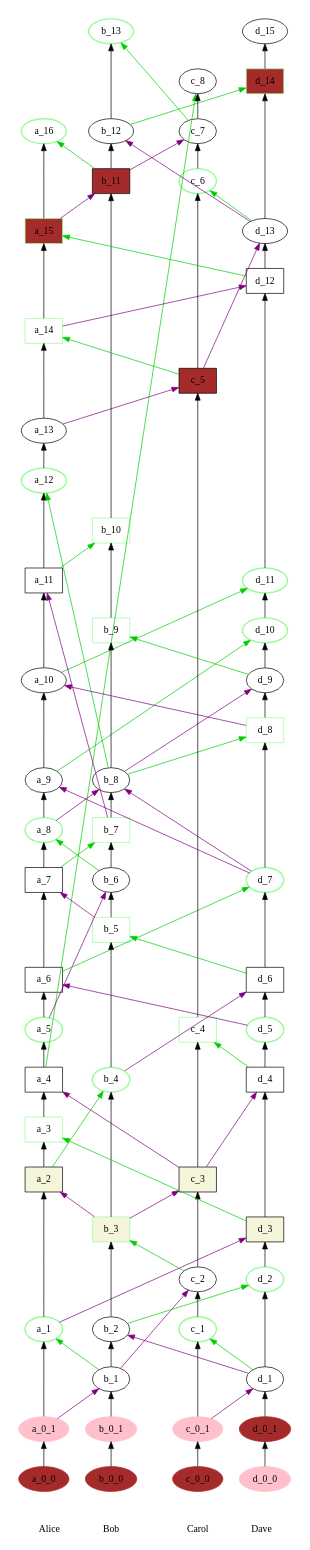
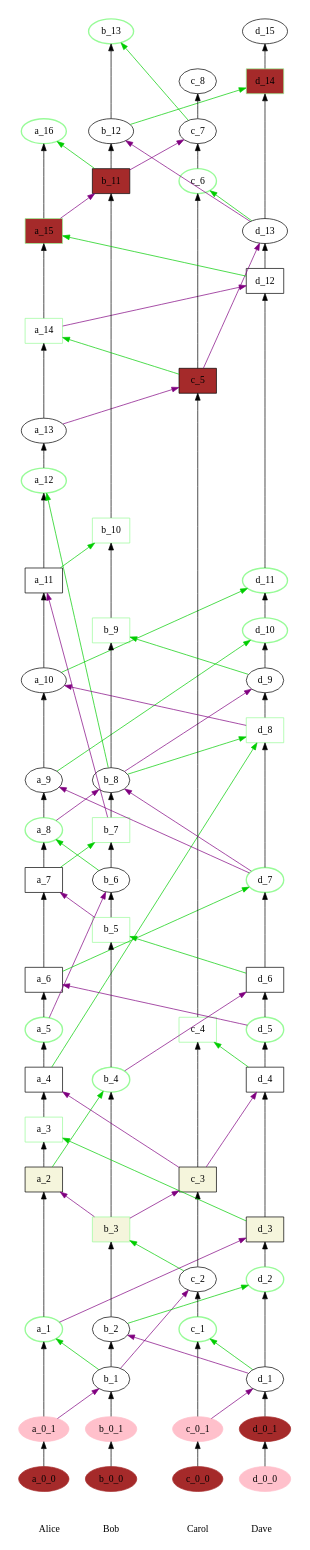
Before and after one commit to maqi/gossip_scribe: the diagram in input.dot, drawn with Graphviz. The commit also changed 1 other file, not shown here.

```diff
--- a/input.dot
+++ b/input.dot
@@ -1,145 +1,145 @@
 digraph GossipGraph {
 splines=false
 rankdir=BT
 outputorder=nodesfirst
 subgraph cluster_alice {
 style=invis
 Alice -> a_0_0 [style=invis]
 a_0_0 -> a_0_1
 a_0_1 -> a_1 [minlen=2]
 a_1 -> a_2 [minlen=3]
 a_2 -> a_3
 a_3 -> a_4
 a_4 -> a_5
 a_5 -> a_6
 a_6 -> a_7 [minlen=2]
 a_7 -> a_8
 a_8 -> a_9
 a_9 -> a_10 [minlen=2]
 a_10 -> a_11 [minlen=2]
 a_11 -> a_12 [minlen=2]
 a_12 -> a_13
 a_13 -> a_14 [minlen=2]
 a_14 -> a_15 [minlen=2]
 a_15 -> a_16 [minlen=2]
 }
 
 subgraph cluster_bob {
 style=invis
 Bob -> b_0_0 [style=invis]
 b_0_0 -> b_0_1
 b_0_1 -> b_1
 b_1 -> b_2
 b_2 -> b_3 [minlen=2]
 b_3 -> b_4 [minlen=3]
 b_4 -> b_5 [minlen=3]
 b_5 -> b_6
 b_6 -> b_7
 b_7 -> b_8
 b_8 -> b_9 [minlen=3]
 b_9 -> b_10 [minlen=2]
 b_10 -> b_11 [minlen=7]
 b_11 -> b_12
 b_12 -> b_13 [minlen=2]
 }
 subgraph cluster_carol {
 style=invis
 Carol -> c_0_0 [style=invis]
 c_0_0 -> c_0_1
 c_0_1 -> c_1 [minlen=2]
 c_1 -> c_2
 c_2 -> c_3 [minlen=2]
 c_3 -> c_4 [minlen=3]
 c_4 -> c_5 [minlen=13]
 c_5 -> c_6 [minlen=4]
 c_6 -> c_7
 c_7 -> c_8
 }
 subgraph cluster_dave {
 style=invis
 Dave -> d_0_0 [style=invis]
 d_0_0 -> d_0_1
 d_0_1 -> d_1
 d_1 -> d_2 [minlen=2]
 d_2 -> d_3
 d_3 -> d_4 [minlen=3]
 d_4 -> d_5
 d_5 -> d_6
 d_6 -> d_7 [minlen=2]
 d_7 -> d_8 [minlen=3]
 d_8 -> d_9
 d_9 -> d_10
 d_10 -> d_11
 d_11 -> d_12 [minlen=6]
 d_12 -> d_13
 d_13 -> d_14 [minlen=3]
 d_14 -> d_15
 }
 {
 rank=same
 Alice -> Bob -> Carol -> Dave [style=invis]
 Alice, Bob, Carol, Dave [style=filled, color=white]
 }
 
 edge [constraint=false]
 
 a_0_0, b_0_0, c_0_0, d_0_1 [style=filled, color=brown]
 d_0_0, a_0_1, b_0_1, c_0_1 [style=filled, color=pink]
 
 a_1, a_3, a_5, a_8, a_12, a_14, a_15, a_16, b_3, b_4, b_5, b_7, b_9, b_10, b_13, c_1, c_4, c_6, d_2, d_5, d_7, d_8, d_10, d_11, d_14 [style=bold, color=palegreen]
 
 a_2, b_3, c_3, d_3 [style=filled, fillcolor=beige, shape=rectangle]
 a_3, a_4, a_6, a_7, a_11, a_14, b_5, b_7, b_9, b_10, c_4, d_4, d_6, d_8, d_12 [style=filled, fillcolor=white, shape=rectangle]
 
 a_15, b_11, c_5, d_14 [shape=rectangle, style=filled, fillcolor=brown]
 
 a_0_1 -> b_1 [color=purple]
 b_1 -> a_1 [color=green3]
 c_0_1 -> d_1 [color=purple]
 d_1 -> b_2 [color=purple]
 b_1 -> c_2 [color=purple]
 c_2 -> b_3 [color=green3]
 a_13 -> c_5 [color=purple]
 c_5 -> a_14 [color=green3]
 d_1 -> c_1 [color=green3]
 b_2 -> d_2 [color=green3]
 a_1 -> d_3 [color=purple]
 d_3 -> a_3 [color=green3]
 b_3 -> a_2 [color=purple]
 a_2 -> b_4 [color=green3]
 c_3 -> a_4 [color=purple]
-a_4 -> c_8 [color=green3]
+a_4 -> d_8 [color=green3]
 c_3 -> d_4 [color=purple]
 b_3 -> c_3 [color=purple]
 d_4 -> c_4 [color=green3]
 b_4 -> d_6 [color=purple]
 d_6 -> b_5 [color=green3]
 d_5 -> a_6 [color=purple]
 a_6 -> d_7 [color=green3]
 a_5 -> b_6 [color=purple]
 b_6 -> a_8 [color=green3]
 b_5 -> a_7 [color=purple]
 a_7 -> b_7 [color=green3]
 d_7 -> b_8 [color=purple]
 b_8 -> d_8 [color=green3]
 d_7 -> a_9 [color=purple]
 a_9 -> d_10 [color=green3]
 b_8 -> d_9 [color=purple]
 d_9 -> b_9 [color=green3]
 a_8 -> b_8 [color=purple]
 b_8 -> a_12 [color=green3]
 b_7 -> a_11 [color=purple]
 a_11 -> b_10 [color=green3]
 d_8 -> a_10 [color=purple]
 a_10 -> d_11 [color=green3]
 a_14 -> d_12 [color=purple]
 d_12 -> a_15 [color=green3]
 a_15 -> b_11 [color=purple]
 b_11 -> a_16 [color=green3]
 c_5 -> d_13 [color=purple]
 d_13 -> c_6 [color=green3]
 d_13 -> b_12 [color=purple]
 b_12 -> d_14 [color=green3]
 b_11 -> c_7 [color=purple]
 c_7 -> b_13 [color=green3]
 }
```
